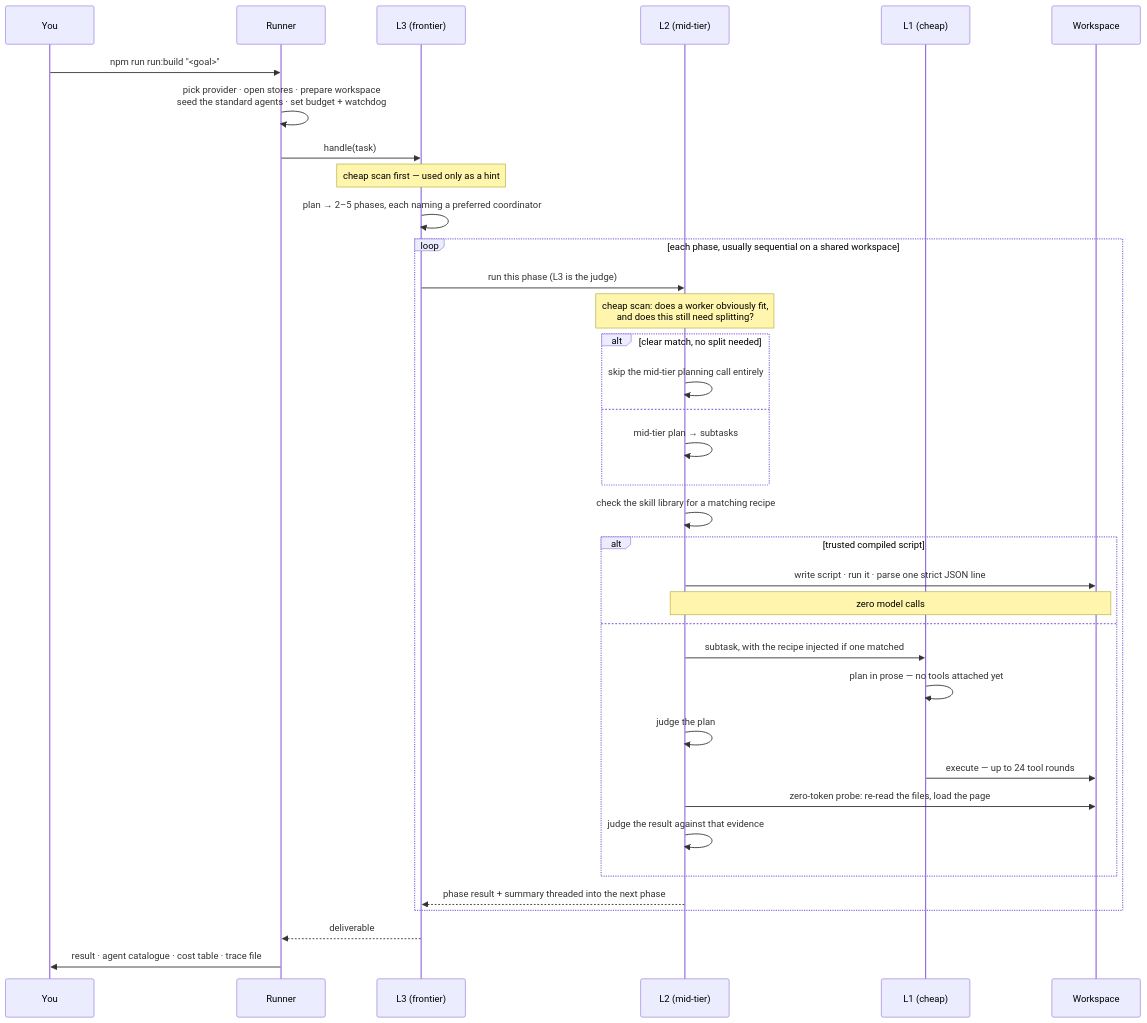
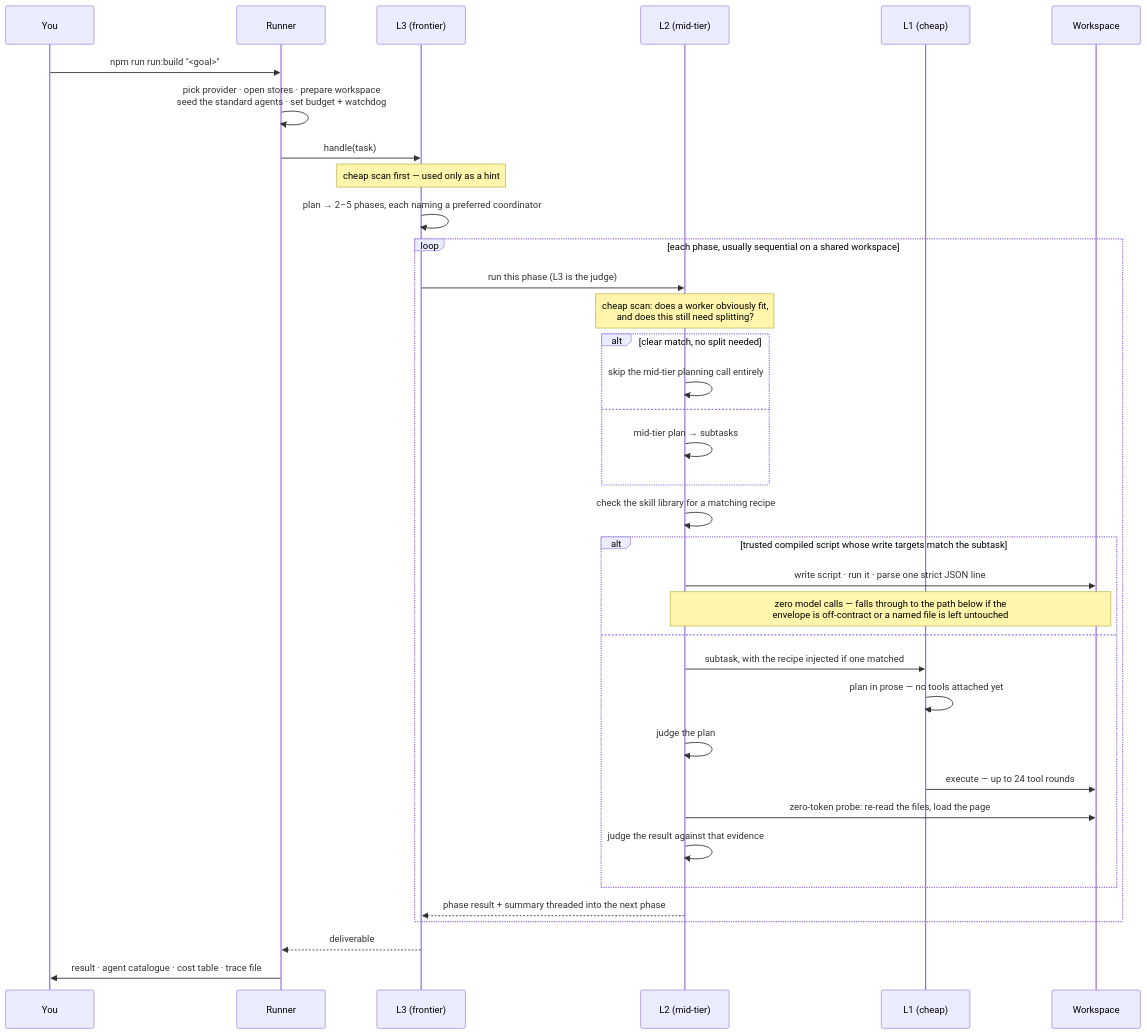
The third of 6 diagrams in docs/how-it-works.md (mgtf/atoma), drawn with Mermaid before and after one commit. The commit also changed other lines of this file and 1 other file, not shown here.

````diff
--- a/docs/how-it-works.md
+++ b/docs/how-it-works.md
@@ -172,42 +175,42 @@
 ```mermaid
 sequenceDiagram
     participant U as You
     participant R as Runner
     participant L3 as L3 (frontier)
     participant L2 as L2 (mid-tier)
     participant L1 as L1 (cheap)
     participant W as Workspace
 
     U->>R: npm run run:build "<goal>"
     R->>R: pick provider · open stores · prepare workspace<br/>seed the standard agents · set budget + watchdog
     R->>L3: handle(task)
 
     Note over L3: cheap scan first — used only as a hint
     L3->>L3: plan → 2–5 phases, each naming a preferred coordinator
 
     loop each phase, usually sequential on a shared workspace
         L3->>L2: run this phase (L3 is the judge)
         Note over L2: cheap scan: does a worker obviously fit,<br/>and does this still need splitting?
         alt clear match, no split needed
             L2->>L2: skip the mid-tier planning call entirely
         else
             L2->>L2: mid-tier plan → subtasks
         end
         L2->>L2: check the skill library for a matching recipe
-        alt trusted compiled script
+        alt trusted compiled script whose write targets match the subtask
             L2->>W: write script · run it · parse one strict JSON line
-            Note over L2,W: zero model calls
+            Note over L2,W: zero model calls — falls through to the path below if the<br/>envelope is off-contract or a named file is left untouched
         else
             L2->>L1: subtask, with the recipe injected if one matched
             L1->>L1: plan in prose — no tools attached yet
             L2->>L2: judge the plan
             L1->>W: execute — up to 24 tool rounds
             L2->>W: zero-token probe: re-read the files, load the page
             L2->>L2: judge the result against that evidence
         end
         L2-->>L3: phase result + summary threaded into the next phase
     end
 
     L3-->>R: deliverable
     R->>U: result · agent catalogue · cost table · trace file
 ```
````
